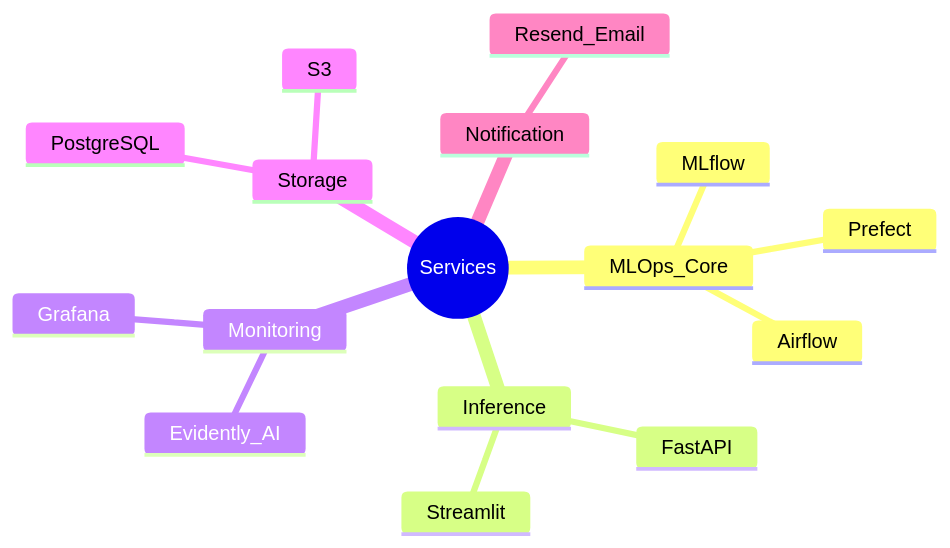
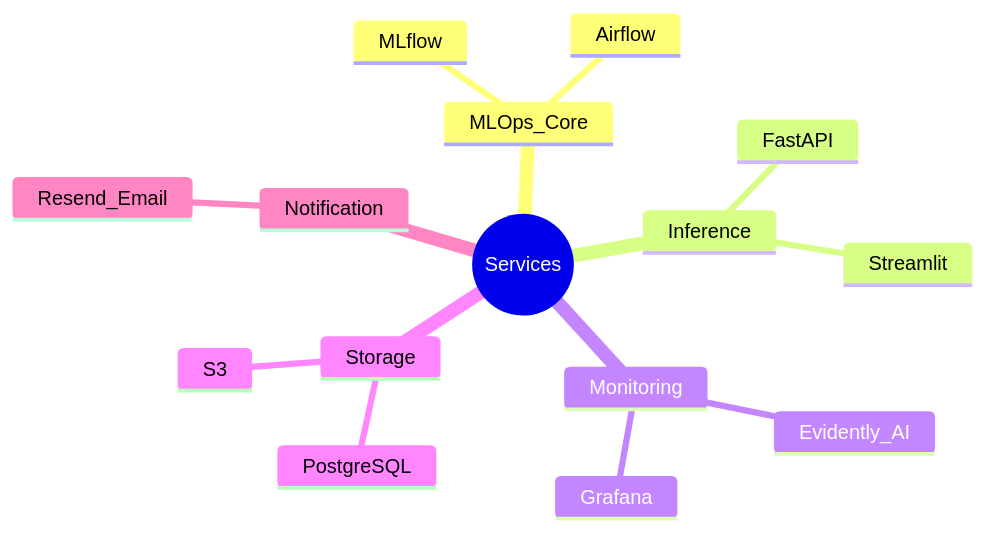
Before and after one commit to jinsudai/jinsudai: diagram 21 of 21 in docs/ARCHITECTURE_MLOPS.md, drawn with Mermaid. The commit also changed other lines of this file and 12 other files, not shown here.

````diff
--- a/docs/ARCHITECTURE_MLOPS.md
+++ b/docs/ARCHITECTURE_MLOPS.md
@@ -735,19 +727,18 @@
 ```mermaid
 mindmap
   root((Services))
     MLOps_Core
       MLflow
-      Prefect
       Airflow
     Inference
       FastAPI
       Streamlit
     Monitoring
       Evidently_AI
       Grafana
     Storage
       PostgreSQL
       S3
     Notification
       Resend_Email
 ```
````
